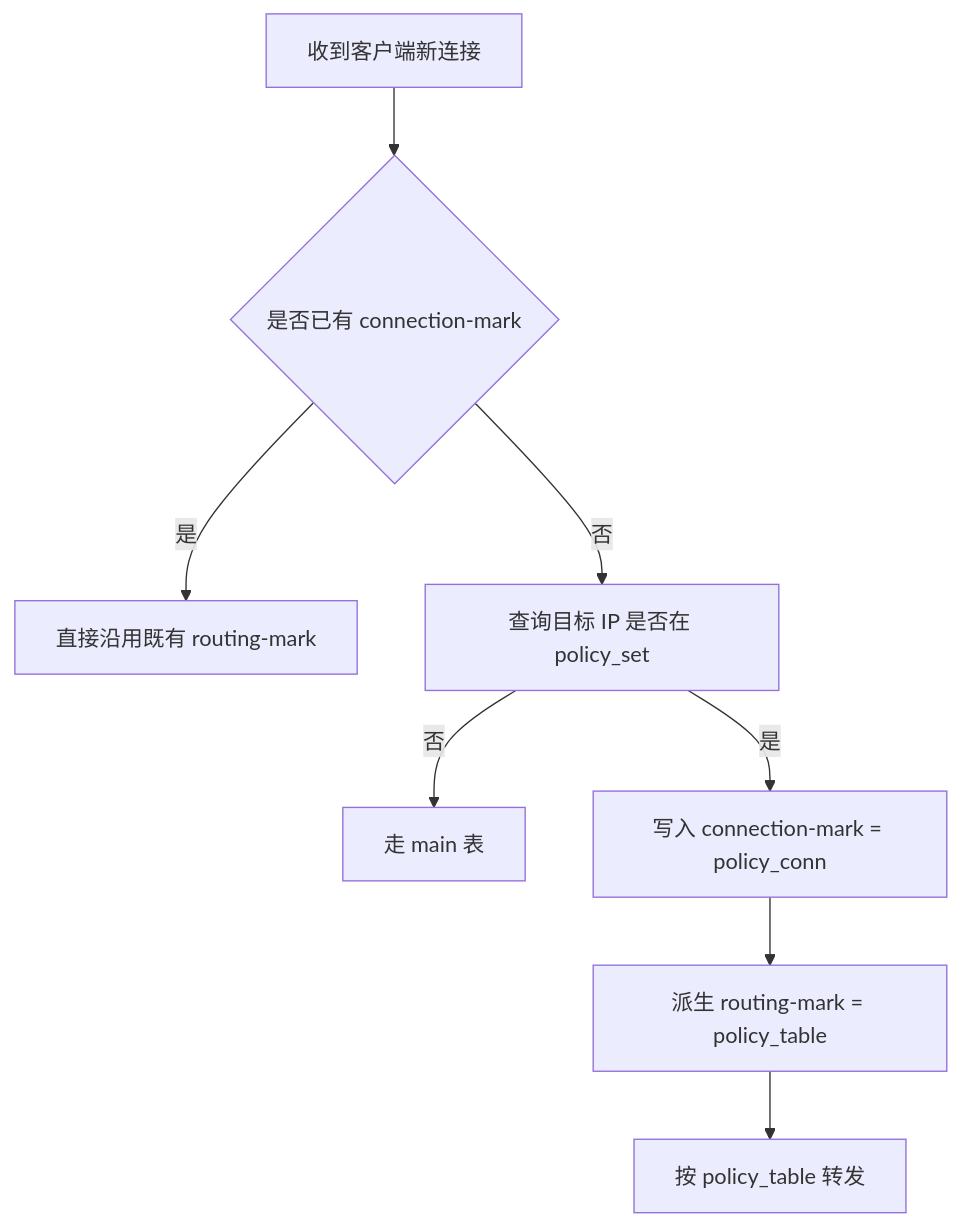
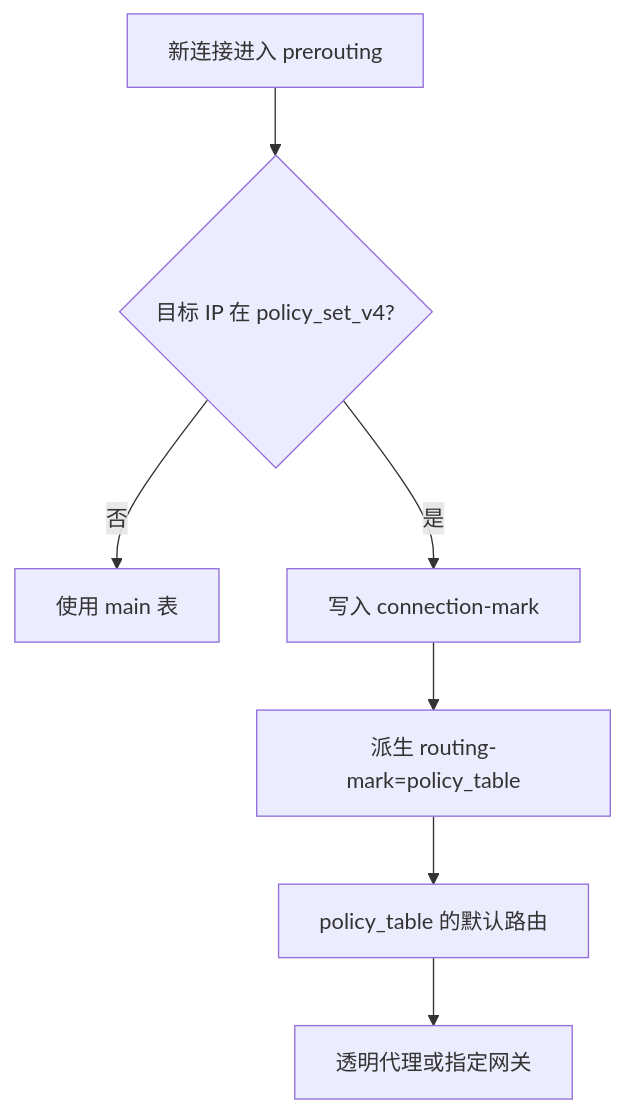
The second of 3 diagrams in README.md (svenshi/oxidns-bypass), drawn with Mermaid before and after one commit. The commit also changed other lines of this file and 19 other files, not shown here.

````diff
--- a/README.md
+++ b/README.md
@@ -68,10 +83,9 @@
 ```mermaid
 flowchart TD
-    A[收到客户端新连接] --> B{是否已有 connection-mark}
-    B -- 是 --> C[直接沿用既有 routing-mark]
-    B -- 否 --> D[查询目标 IP 是否在 policy_set]
-    D -- 否 --> E[走 main 表]
-    D -- 是 --> F[写入 connection-mark = policy_conn]
-    F --> G[派生 routing-mark = policy_table]
-    G --> H[按 policy_table 转发]
+    A[新连接进入 prerouting] --> B{目标 IP 在 policy_set_v4?}
+    B -- 否 --> C[使用 main 表]
+    B -- 是 --> D[写入 connection-mark]
+    D --> E[派生 routing-mark=policy_table]
+    E --> F[policy_table 的默认路由]
+    F --> G[透明代理或指定网关]
 ```
````
